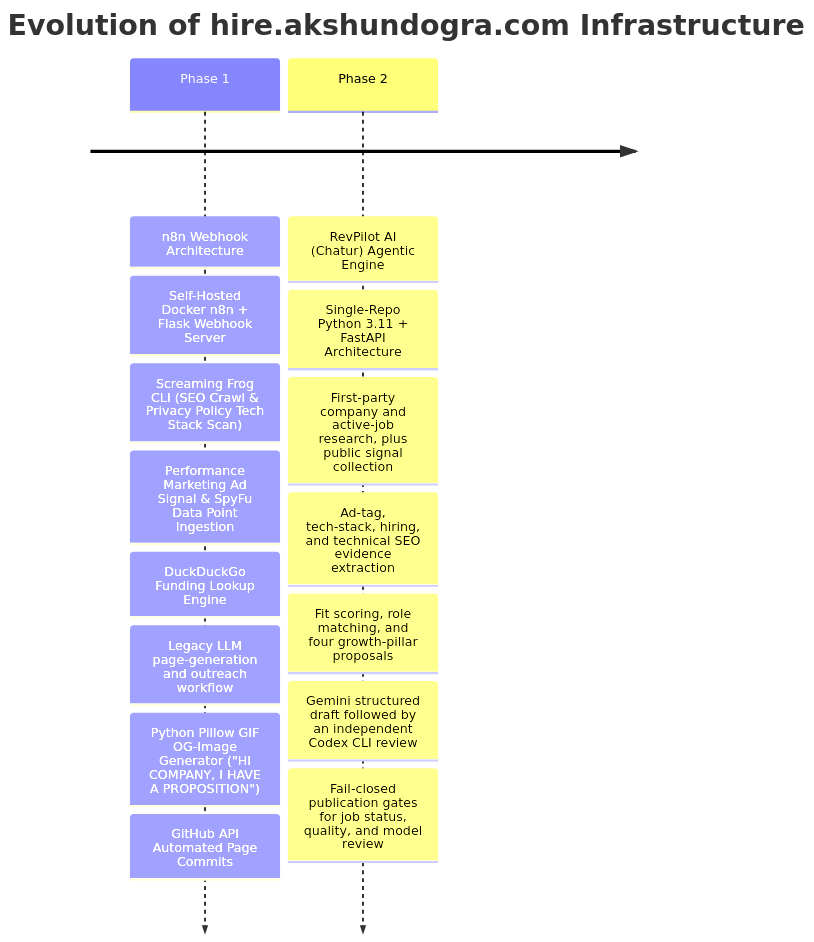
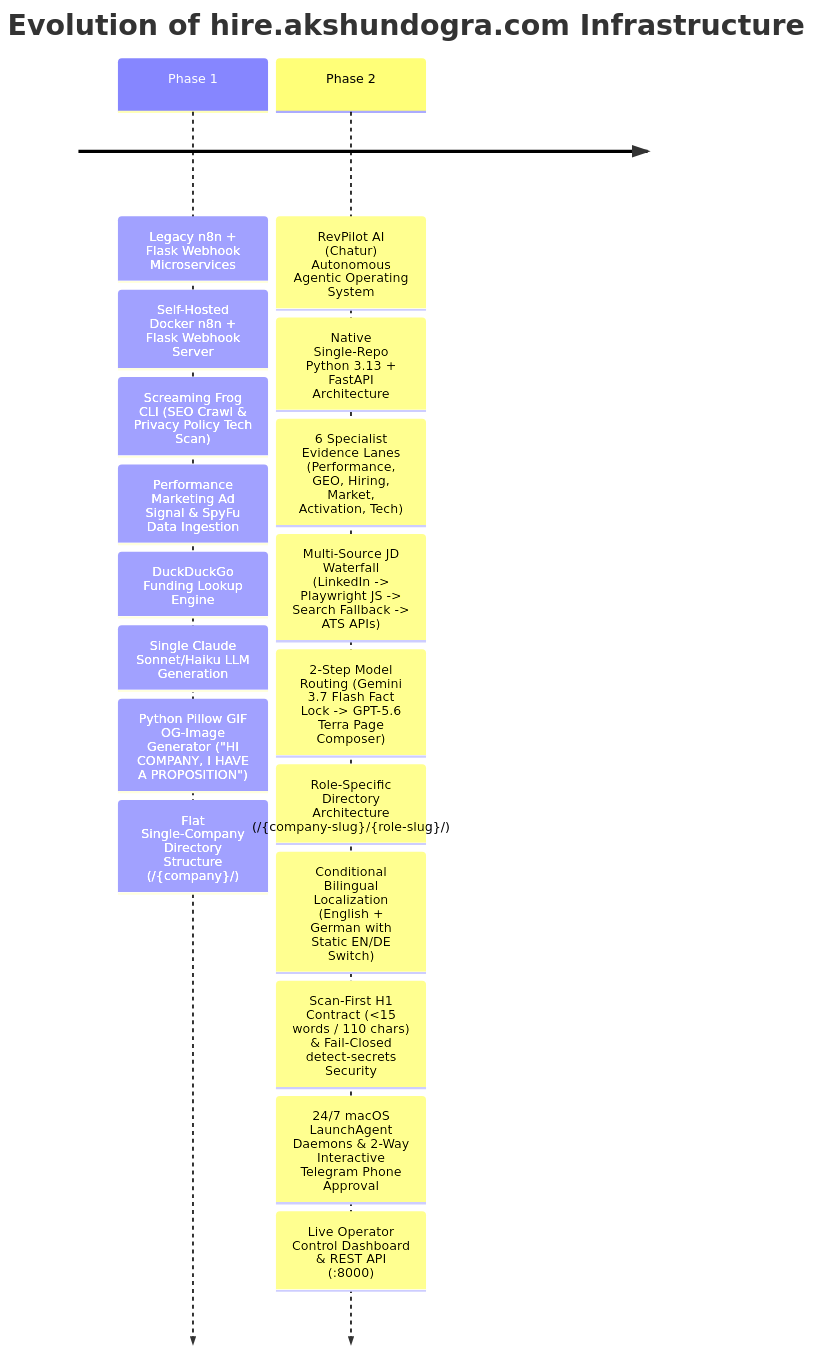
The first of 3 diagrams in README.md (akshundogra/hire), drawn with Mermaid before and after one commit. The commit also changed other lines of this file, not shown here.

Commit message:
docs: update README with RevPilot AI Phase 2 agentic architecture and live routes

````diff
--- a/README.md
+++ b/README.md
@@ -16,19 +18,22 @@
 ```mermaid
 timeline
     title Evolution of hire.akshundogra.com Infrastructure
-    Phase 1 : n8n Webhook Architecture
+    Phase 1 : Legacy n8n + Flask Webhook Microservices
             : Self-Hosted Docker n8n + Flask Webhook Server
-            : Screaming Frog CLI (SEO Crawl & Privacy Policy Tech Stack Scan)
-            : Performance Marketing Ad Signal & SpyFu Data Point Ingestion
+            : Screaming Frog CLI (SEO Crawl & Privacy Policy Tech Scan)
+            : Performance Marketing Ad Signal & SpyFu Data Ingestion
             : DuckDuckGo Funding Lookup Engine
-            : Legacy LLM page-generation and outreach workflow
+            : Single Claude Sonnet/Haiku LLM Generation
             : Python Pillow GIF OG-Image Generator ("HI COMPANY, I HAVE A PROPOSITION")
-            : GitHub API Automated Page Commits
-    Phase 2 : RevPilot AI (Chatur) Agentic Engine
-            : Single-Repo Python 3.11 + FastAPI Architecture
-            : First-party company and active-job research, plus public signal collection
-            : Ad-tag, tech-stack, hiring, and technical SEO evidence extraction
-            : Fit scoring, role matching, and four growth-pillar proposals
-            : Gemini structured draft followed by an independent Codex CLI review
-            : Fail-closed publication gates for job status, quality, and model review
+            : Flat Single-Company Directory Structure (/{company}/)
+    Phase 2 : RevPilot AI (Chatur) Autonomous Agentic Operating System
+            : Native Single-Repo Python 3.13 + FastAPI Architecture
+            : 6 Specialist Evidence Lanes (Performance, GEO, Hiring, Market, Activation, Tech)
+            : Multi-Source JD Waterfall (LinkedIn -> Playwright JS -> Search Fallback -> ATS APIs)
+            : 2-Step Model Routing (Gemini 3.7 Flash Fact Lock -> GPT-5.6 Terra Page Composer)
+            : Role-Specific Directory Architecture (/{company-slug}/{role-slug}/)
+            : Conditional Bilingual Localization (English + German with Static EN/DE Switch)
+            : Scan-First H1 Contract (<15 words / 110 chars) & Fail-Closed detect-secrets Security
+            : 24/7 macOS LaunchAgent Daemons & 2-Way Interactive Telegram Phone Approval
+            : Live Operator Control Dashboard & REST API (:8000)
 ```
````
